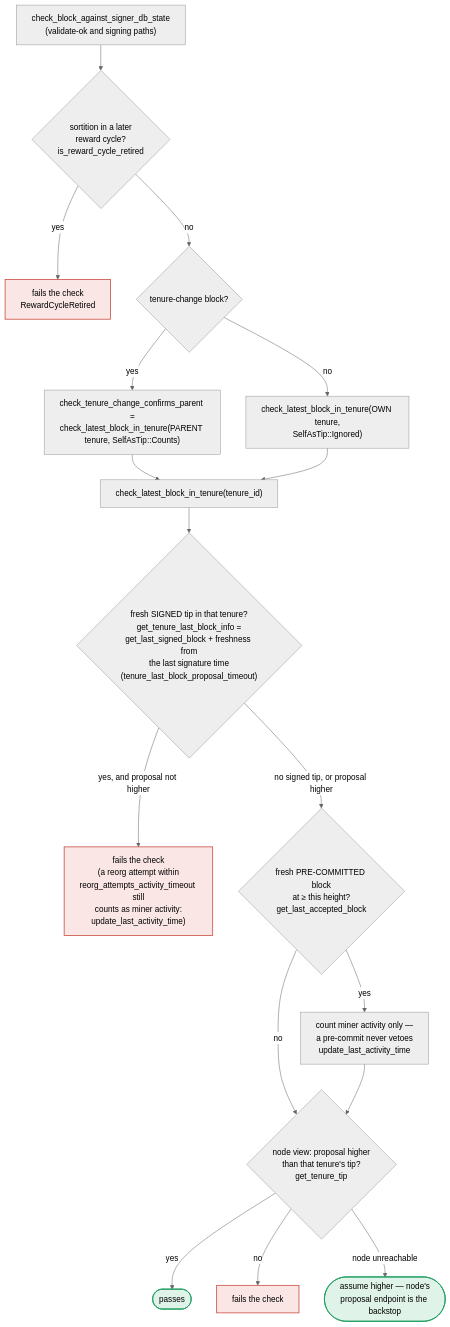
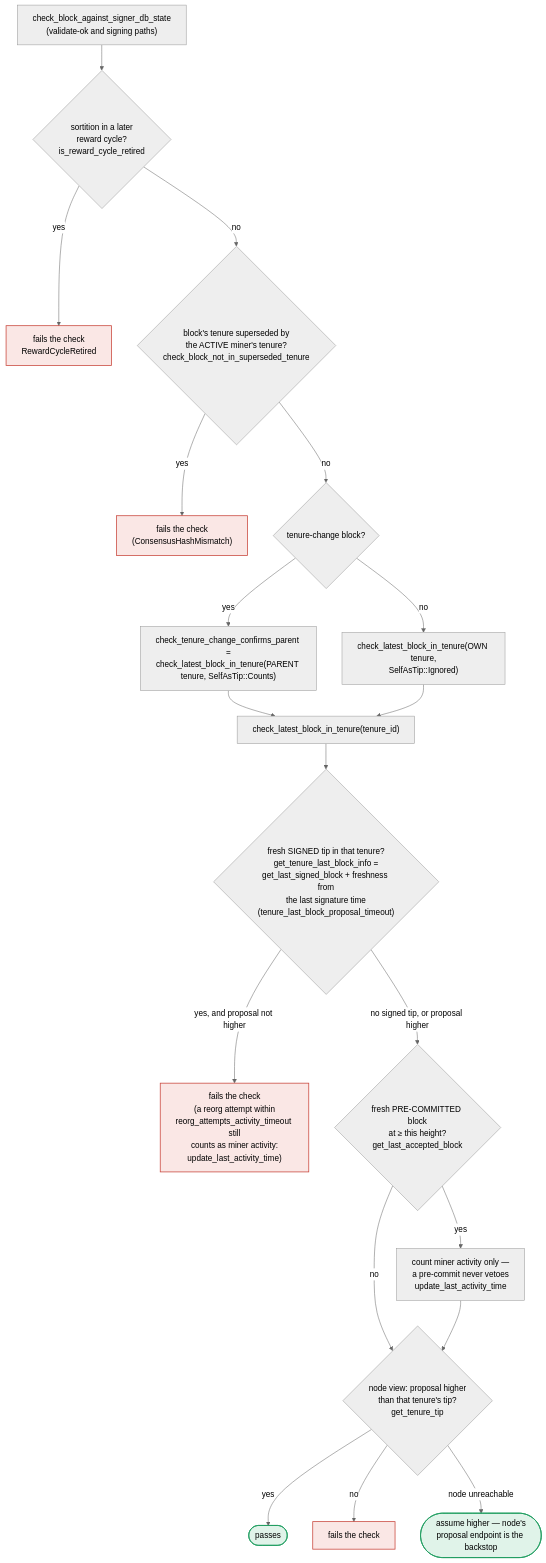
One commit to stacks-network/stacks-core changed the eighth of 10 diagrams in docs/signer-flows.md. Above: the diagram before and after it, drawn with Mermaid (neutral theme). The commit also changed other lines of this file and 8 other files, not shown here.

````diff
--- a/docs/signer-flows.md
+++ b/docs/signer-flows.md
@@ -487,21 +487,23 @@
 ```mermaid
 flowchart TB
     IN["check_block_against_signer_db_state<br/>(validate-ok and signing paths)"] --> RET{"sortition in a later<br/>reward cycle?<br/>is_reward_cycle_retired"}
     RET -- yes --> RCR["fails the check<br/>RewardCycleRetired"]:::bad
-    RET -- no --> TC{"tenure-change block?"}
+    RET -- no --> FROZEN{"block's tenure superseded by<br/>the ACTIVE miner's tenure?<br/>check_block_not_in_superseded_tenure"}
+    FROZEN -- yes --> FRZ["fails the check<br/>(ConsensusHashMismatch)"]:::bad
+    FROZEN -- no --> TC{"tenure-change block?"}
     TC -- yes --> PARENT["check_tenure_change_confirms_parent =<br/>check_latest_block_in_tenure(PARENT tenure, SelfAsTip::Counts)"]
     TC -- no --> SAME["check_latest_block_in_tenure(OWN tenure,<br/>SelfAsTip::Ignored)"]
     PARENT --> CLB
     SAME --> CLB["check_latest_block_in_tenure(tenure_id)"]
     CLB --> LSB{"fresh SIGNED tip in that tenure?<br/>get_tenure_last_block_info =<br/>get_last_signed_block + freshness from<br/>the last signature time<br/>(tenure_last_block_proposal_timeout)"}
     LSB -- "yes, and proposal not higher" --> RA["fails the check<br/>(a reorg attempt within<br/>reorg_attempts_activity_timeout still<br/>counts as miner activity:<br/>update_last_activity_time)"]:::bad
     LSB -- "no signed tip, or proposal higher" --> CARVE{"fresh PRE-COMMITTED block<br/>at ≥ this height?<br/>get_last_accepted_block"}
     CARVE -- yes --> ACT["count miner activity only —<br/>a pre-commit never vetoes<br/>update_last_activity_time"]
     CARVE -- no --> NODE
     ACT --> NODE{"node view: proposal higher<br/>than that tenure's tip?<br/>get_tenure_tip"}
     NODE -- yes --> OK(["passes"]):::good
     NODE -- no --> RB["fails the check"]:::bad
     NODE -- "node unreachable" --> OK2(["assume higher — node's<br/>proposal endpoint is the backstop"]):::good
     classDef good fill:#17a45c22,stroke:#1d9d5f,stroke-width:1.5px;
     classDef bad fill:#d84a3f22,stroke:#c9473d,stroke-width:1.5px;
 ```
````
